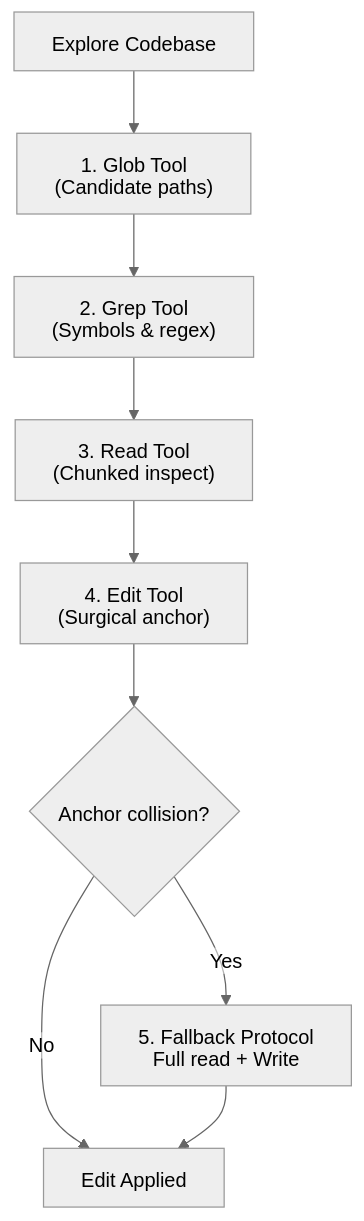
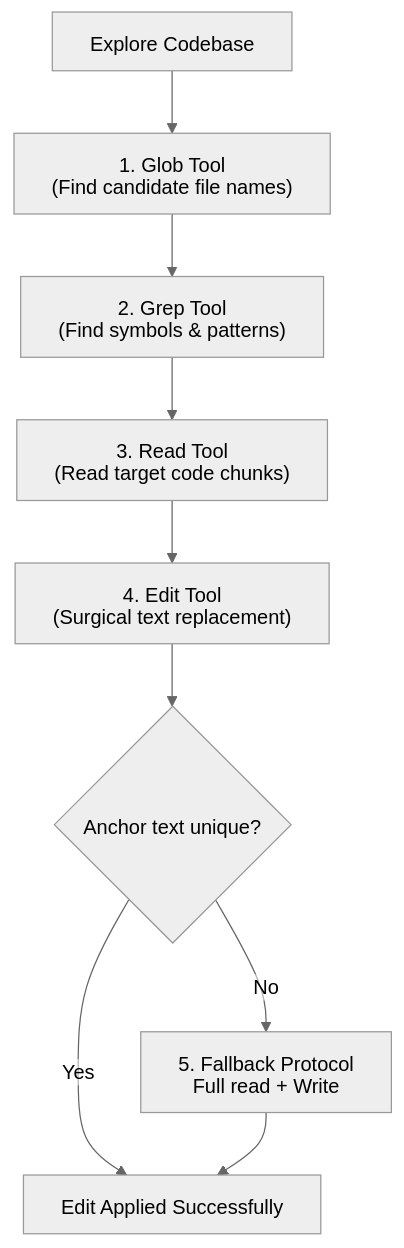
Before and after one commit to dip4k/claude_cert_architect_foundation_prep: the fourth of 8 diagrams in EXAM_REFRESHER.md, drawn with Mermaid (neutral theme). The commit also changed other lines of this file and 50 other files, not shown here.

````diff
--- a/EXAM_REFRESHER.md
+++ b/EXAM_REFRESHER.md
@@ -150,15 +279,15 @@
 ```mermaid
 ---
 config:
   htmlLabels: false
 ---
 flowchart TD
-    Start["Explore Codebase"] --> Glob["1. Glob Tool<br>(Candidate paths)"]
-    Glob --> Grep["2. Grep Tool<br>(Symbols & regex)"]
-    Grep --> Read["3. Read Tool<br>(Chunked inspect)"]
-    Read --> Edit["4. Edit Tool<br>(Surgical anchor)"]
-    Edit --> Collision{"Anchor collision?"}
-    Collision -->|"No"| Done["Edit Applied"]
-    Collision -->|"Yes"| Fallback["5. Fallback Protocol<br>Full read + Write"]
+    Start["Explore Codebase"] --> Glob["1. Glob Tool<br>(Find candidate file names)"]
+    Glob --> Grep["2. Grep Tool<br>(Find symbols & patterns)"]
+    Grep --> Read["3. Read Tool<br>(Read target code chunks)"]
+    Read --> Edit["4. Edit Tool<br>(Surgical text replacement)"]
+    Edit --> Collision{"Anchor text unique?"}
+    Collision -->|"Yes"| Done["Edit Applied Successfully"]
+    Collision -->|"No"| Fallback["5. Fallback Protocol<br>Full read + Write"]
     Fallback --> Done
 ```
````
